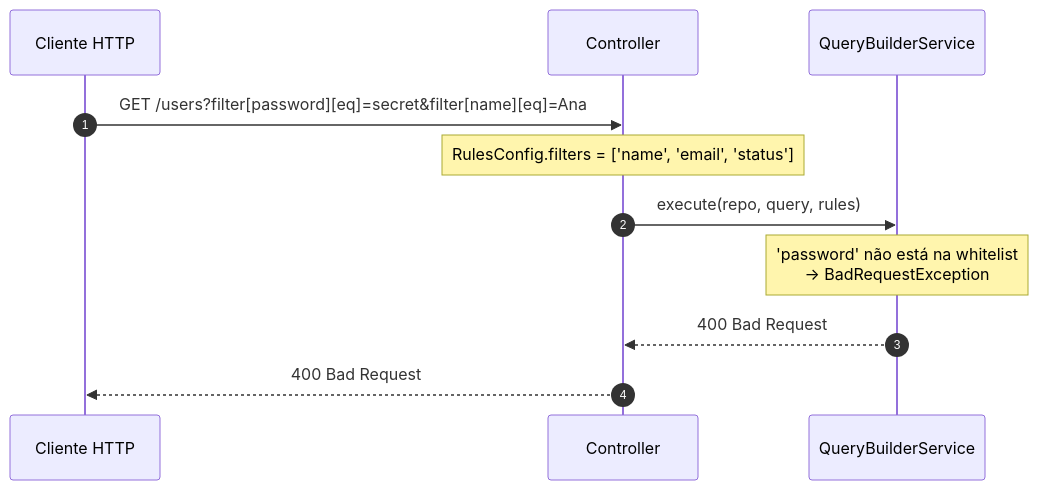
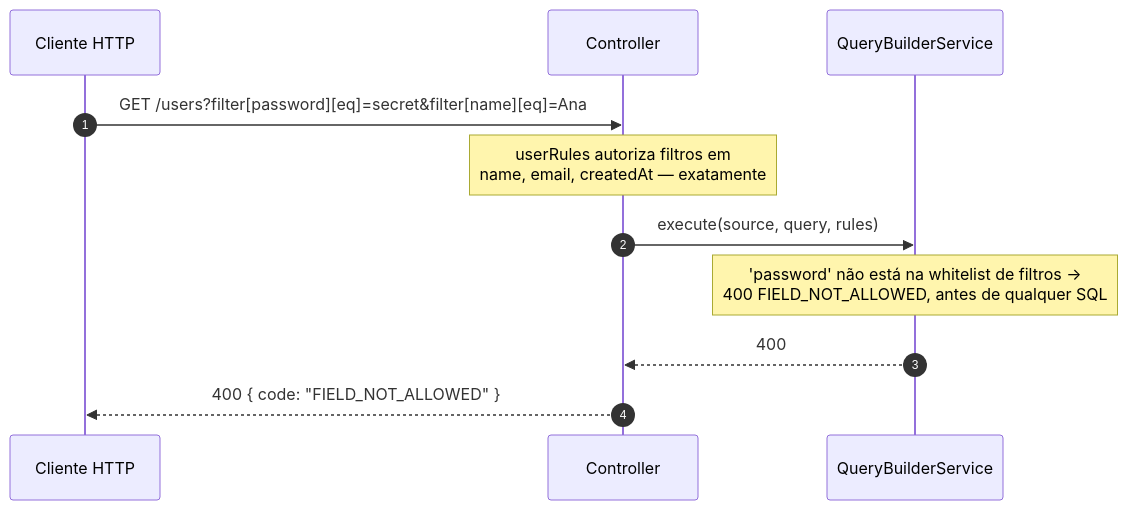
Before and after one commit to naldomadeira/nestjs-rest-query: the diagram in apps/docs/content/pt-BR/usage/index.mdx, drawn with Mermaid. The commit also changed other lines of this file and 25 other files, not shown here.

````diff
--- a/apps/docs/content/pt-BR/usage/index.mdx
+++ b/apps/docs/content/pt-BR/usage/index.mdx
@@ -208,18 +280,14 @@
 ```mermaid
 sequenceDiagram
   autonumber
   participant Client as Cliente HTTP
   participant Ctrl as Controller
   participant DQB as QueryBuilderService
 
   Client->>Ctrl: GET /users?filter[password][eq]=secret&filter[name][eq]=Ana
-
-  Note over Ctrl: RulesConfig.filters = ['name', 'email', 'status']
-
-  Ctrl->>DQB: execute(repo, query, rules)
-
-  Note over DQB: 'password' não está na whitelist<br/>→ BadRequestException
-
-  DQB-->>Ctrl: 400 Bad Request
-  Ctrl-->>Client: 400 Bad Request
+  Note over Ctrl: userRules autoriza filtros em<br/>name, email, createdAt — exatamente
+  Ctrl->>DQB: execute(source, query, rules)
+  Note over DQB: 'password' não está na whitelist de filtros →<br/>400 FIELD_NOT_ALLOWED, antes de qualquer SQL
+  DQB-->>Ctrl: 400
+  Ctrl-->>Client: 400 { code: "FIELD_NOT_ALLOWED" }
 ```
````
